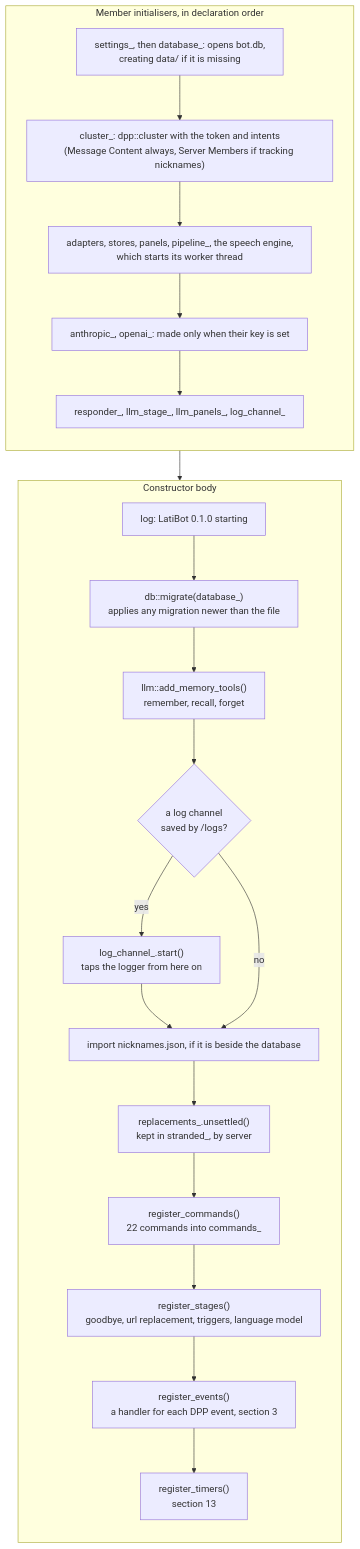
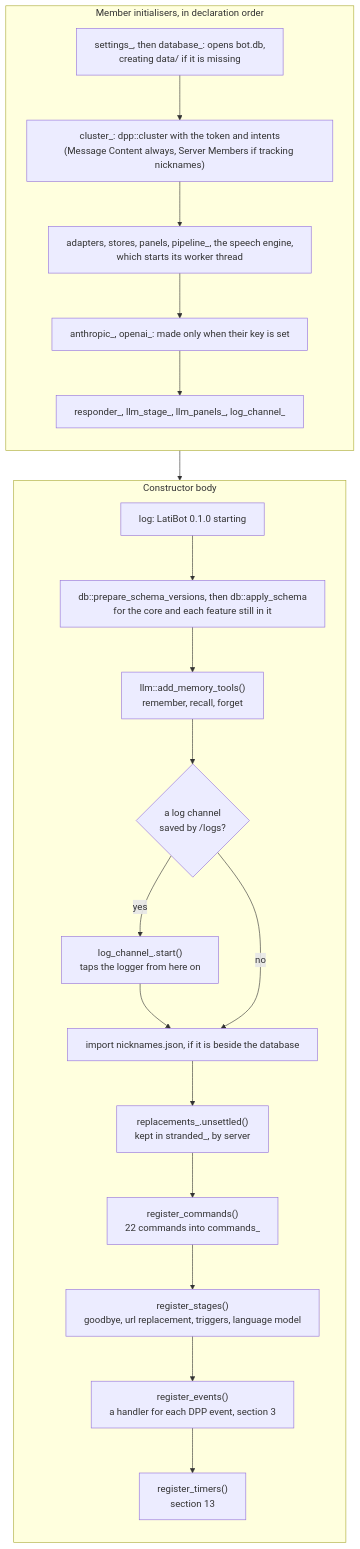
The second of 14 diagrams in docs/architecture/Execution_Flow.md (mhorn00/LatiBot-cpp), drawn with Mermaid before and after one commit. The commit also changed 48 other files, not shown here.

First line of the commit message:
db: a schema per module, recorded in schema_versions

````diff
--- a/docs/architecture/Execution_Flow.md
+++ b/docs/architecture/Execution_Flow.md
@@ -92,38 +92,38 @@
 ```mermaid
 ---
 config:
   flowchart:
     wrappingWidth: 450
 ---
 flowchart TB
     subgraph init["Member initialisers, in declaration order"]
         direction TB
         i1["settings_, then database_: opens bot.db,<br/>creating data/ if it is missing"]
         i2["cluster_: dpp::cluster with the token and intents<br/>(Message Content always, Server Members if tracking nicknames)"]
         i3["adapters, stores, panels, pipeline_, the speech engine,<br/>which starts its worker thread"]
         i4["anthropic_, openai_: made only when their key is set"]
         i5["responder_, llm_stage_, llm_panels_, log_channel_"]
         i1 --> i2 --> i3 --> i4 --> i5
     end
 
     subgraph body["Constructor body"]
         direction TB
         b1["log: LatiBot 0.1.0 starting"]
-        b2["db::migrate(database_)<br/>applies any migration newer than the file"]
+        b2["db::prepare_schema_versions, then db::apply_schema<br/>for the core and each feature still in it"]
         b3["llm::add_memory_tools()<br/>remember, recall, forget"]
         b4{"a log channel<br/>saved by /logs?"}
         b5["log_channel_.start()<br/>taps the logger from here on"]
         b6["import nicknames.json, if it is beside the database"]
         b7["replacements_.unsettled()<br/>kept in stranded_, by server"]
         b8["register_commands()<br/>22 commands into commands_"]
         b9["register_stages()<br/>goodbye, url replacement, triggers, language model"]
         b10["register_events()<br/>a handler for each DPP event, section 3"]
         b11["register_timers()<br/>section 13"]
         b1 --> b2 --> b3 --> b4
         b4 -- yes --> b5 --> b6
         b4 -- no --> b6
         b6 --> b7 --> b8 --> b9 --> b10 --> b11
     end
 
     init --> body
 ```
````
